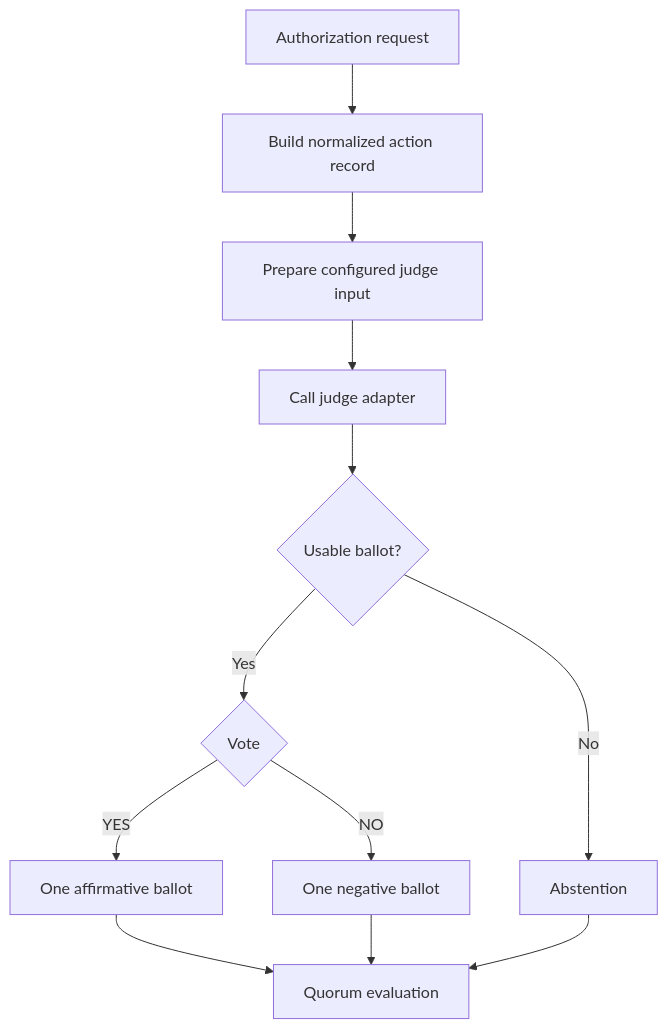
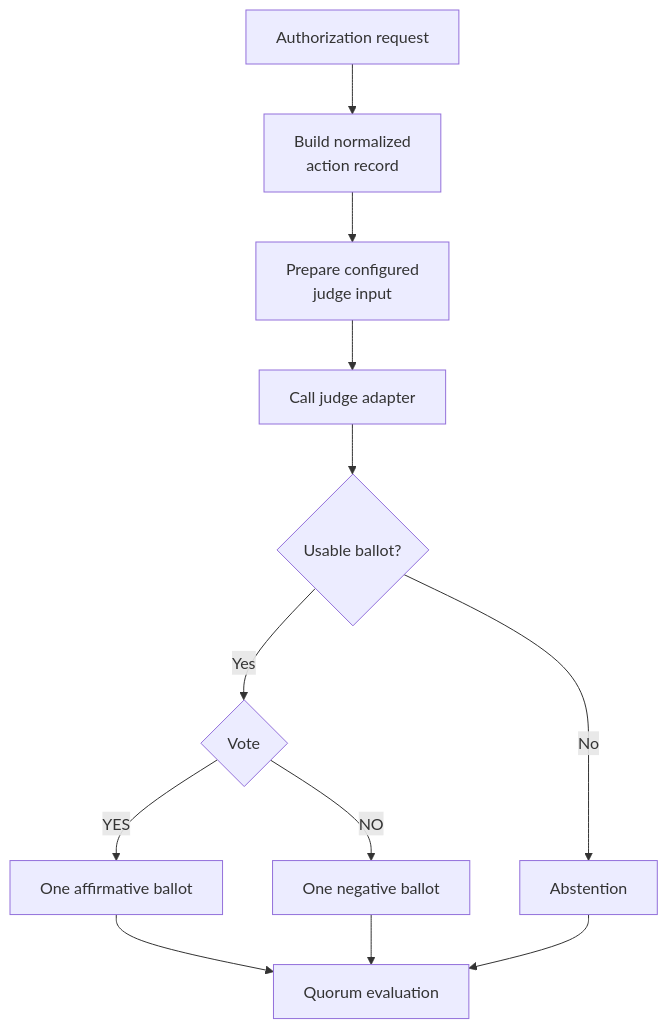
One commit to Insomniac-VibeLabs/two-key changed the first of 3 diagrams in docs/JUDGES_AND_QUORUM.md. Above: the diagram before and after it, drawn with Mermaid. The commit also changed other lines of this file and 12 other files, not shown here.

First line of the commit message:
Redraw every diagram to one house style, checked by a test (#29)

````diff
--- a/docs/JUDGES_AND_QUORUM.md
+++ b/docs/JUDGES_AND_QUORUM.md
@@ -36,14 +36,14 @@
 ```mermaid
 flowchart TD
-    A["Authorization request"] --> B["Build normalized action record"]
-    B --> C["Prepare configured judge input"]
+    A["Authorization request"] --> B["Build normalized<br/>action record"]
+    B --> C["Prepare configured<br/>judge input"]
     C --> D["Call judge adapter"]
     D --> E{"Usable ballot?"}
     E -->|Yes| F{"Vote"}
     F -->|YES| G["One affirmative ballot"]
     F -->|NO| H["One negative ballot"]
     E -->|No| I["Abstention"]
     G --> J["Quorum evaluation"]
     H --> J
     I --> J
 ```
````
